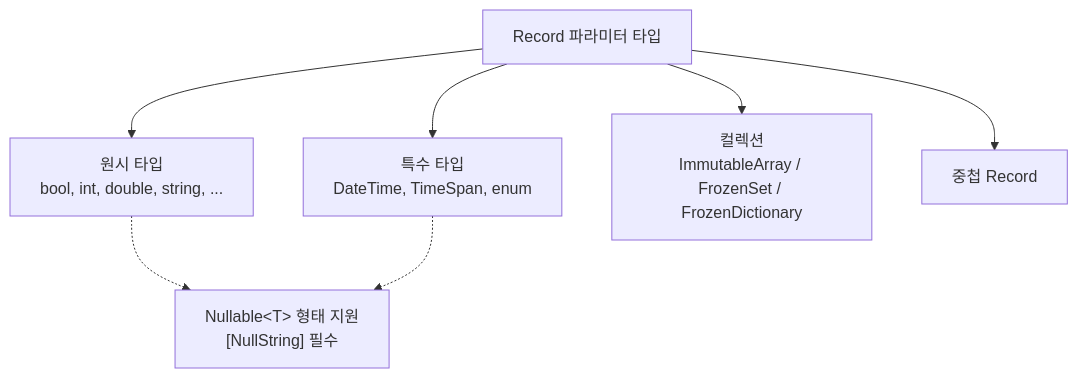
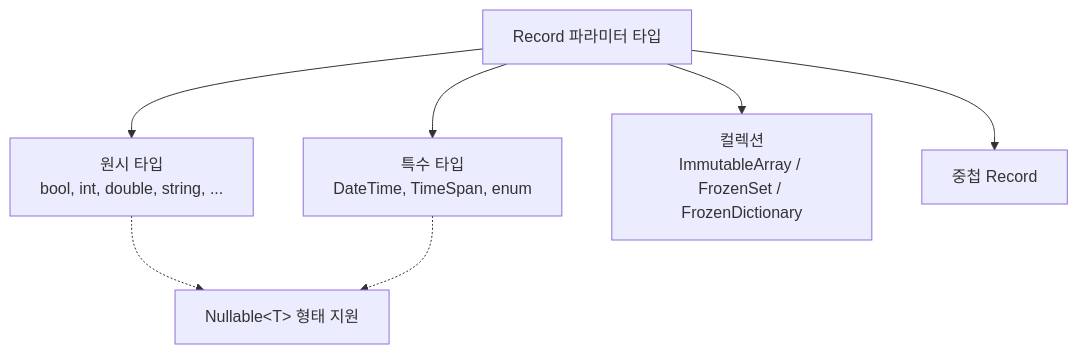
The diagram in Docs/ko/04-advanced/01-schemata.md (bluekms/StaticDataPipeline), drawn with Mermaid before and after one commit. The commit also changed other lines of this file and 15 other files, not shown here.

````diff
--- a/Docs/ko/04-advanced/01-schemata.md
+++ b/Docs/ko/04-advanced/01-schemata.md
@@ -11,16 +11,16 @@
 ```mermaid
 flowchart TB
     Root["Record 파라미터 타입"]
     Primitive["원시 타입<br/>bool, int, double, string, ..."]
     Special["특수 타입<br/>DateTime, TimeSpan, enum"]
     Collection["컬렉션<br/>ImmutableArray / FrozenSet / FrozenDictionary"]
     Nested["중첩 Record"]
 
     Root --> Primitive
     Root --> Special
     Root --> Collection
     Root --> Nested
 
-    Primitive -.-> Nullable["Nullable&lt;T&gt; 형태 지원<br/>[NullString] 필수"]
+    Primitive -.-> Nullable["Nullable&lt;T&gt; 형태 지원"]
     Special -.-> Nullable
 ```
````
